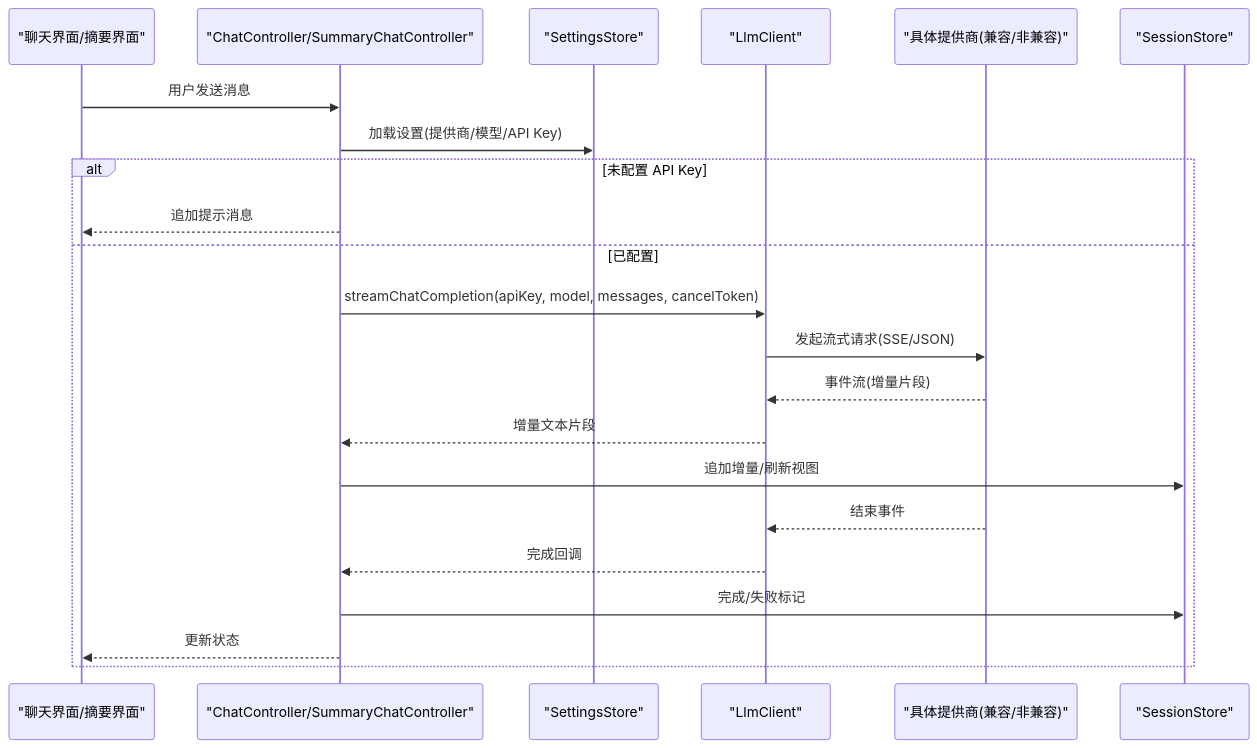
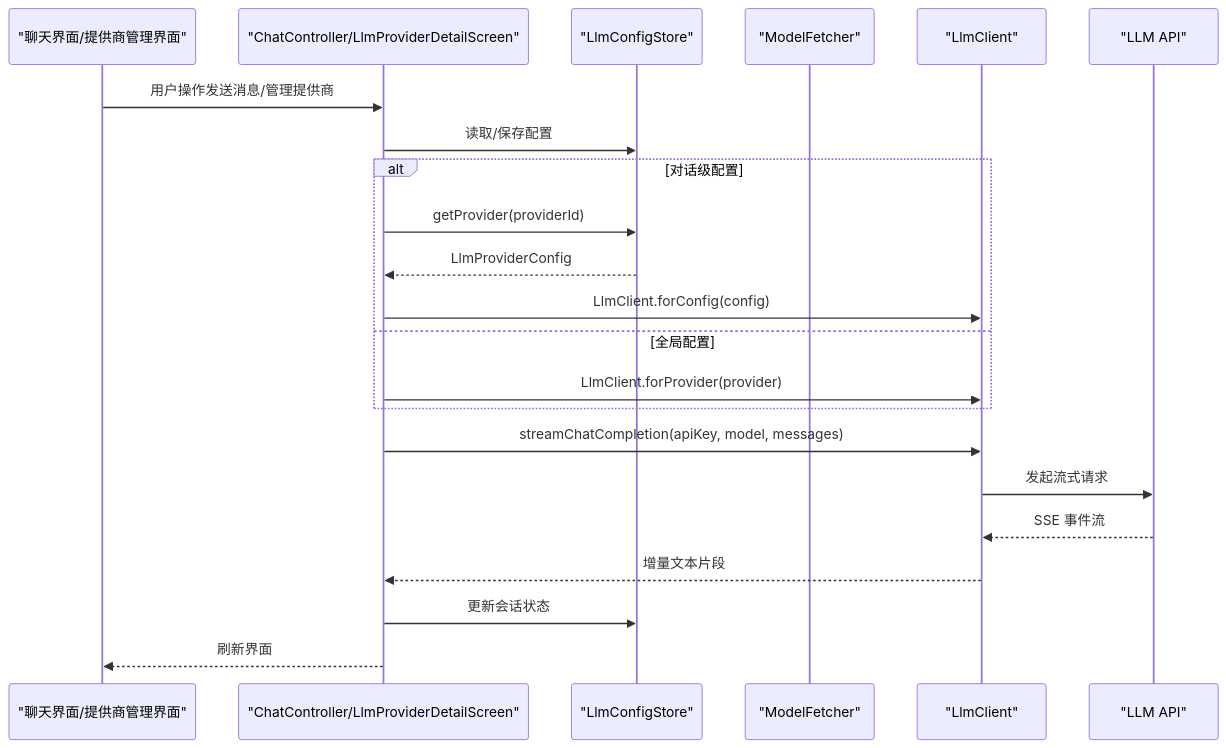
One commit to Ykworm/thktree changed the second of 5 diagrams in .qoder/repowiki/zh/content/LLM 集成/LLM 集成.md. Above: the diagram before and after it, drawn with Mermaid. The commit also changed other lines of this file and 45 other files, not shown here.

````diff
--- a/.qoder/repowiki/zh/content/LLM 集成/LLM 集成.md
+++ b/.qoder/repowiki/zh/content/LLM 集成/LLM 集成.md
@@ -123,24 +177,24 @@
 ```mermaid
 sequenceDiagram
-participant UI as "聊天界面/摘要界面"
-participant Ctrl as "ChatController/SummaryChatController"
-participant Store as "SettingsStore"
-participant Client as "LlmClient"
-participant Provider as "具体提供商(兼容/非兼容)"
-participant Sess as "SessionStore"
-UI->>Ctrl : 用户发送消息
-Ctrl->>Store : 加载设置(提供商/模型/API Key)
-alt 未配置 API Key
-Ctrl-->>UI : 追加提示消息
-else 已配置
-Ctrl->>Client : streamChatCompletion(apiKey, model, messages, cancelToken)
-Client->>Provider : 发起流式请求(SSE/JSON)
-Provider-->>Client : 事件流(增量片段)
-Client-->>Ctrl : 增量文本片段
-Ctrl->>Sess : 追加增量/刷新视图
-Provider-->>Client : 结束事件
-Client-->>Ctrl : 完成回调
-Ctrl->>Sess : 完成/失败标记
-Ctrl-->>UI : 更新状态
+participant UI as "聊天界面/提供商管理界面"
+participant CC as "ChatController/LlmProviderDetailScreen"
+participant LCS as "LlmConfigStore"
+participant MF as "ModelFetcher"
+participant LC as "LlmClient"
+participant API as "LLM API"
+UI->>CC : 用户操作发送消息/管理提供商
+CC->>LCS : 读取/保存配置
+alt 对话级配置
+CC->>LCS : getProvider(providerId)
+LCS-->>CC : LlmProviderConfig
+CC->>LC : LlmClient.forConfig(config)
+else 全局配置
+CC->>LC : LlmClient.forProvider(provider)
 end
+CC->>LC : streamChatCompletion(apiKey, model, messages)
+LC->>API : 发起流式请求
+API-->>LC : SSE 事件流
+LC-->>CC : 增量文本片段
+CC->>LCS : 更新会话状态
+CC-->>UI : 刷新界面
 ```
````
